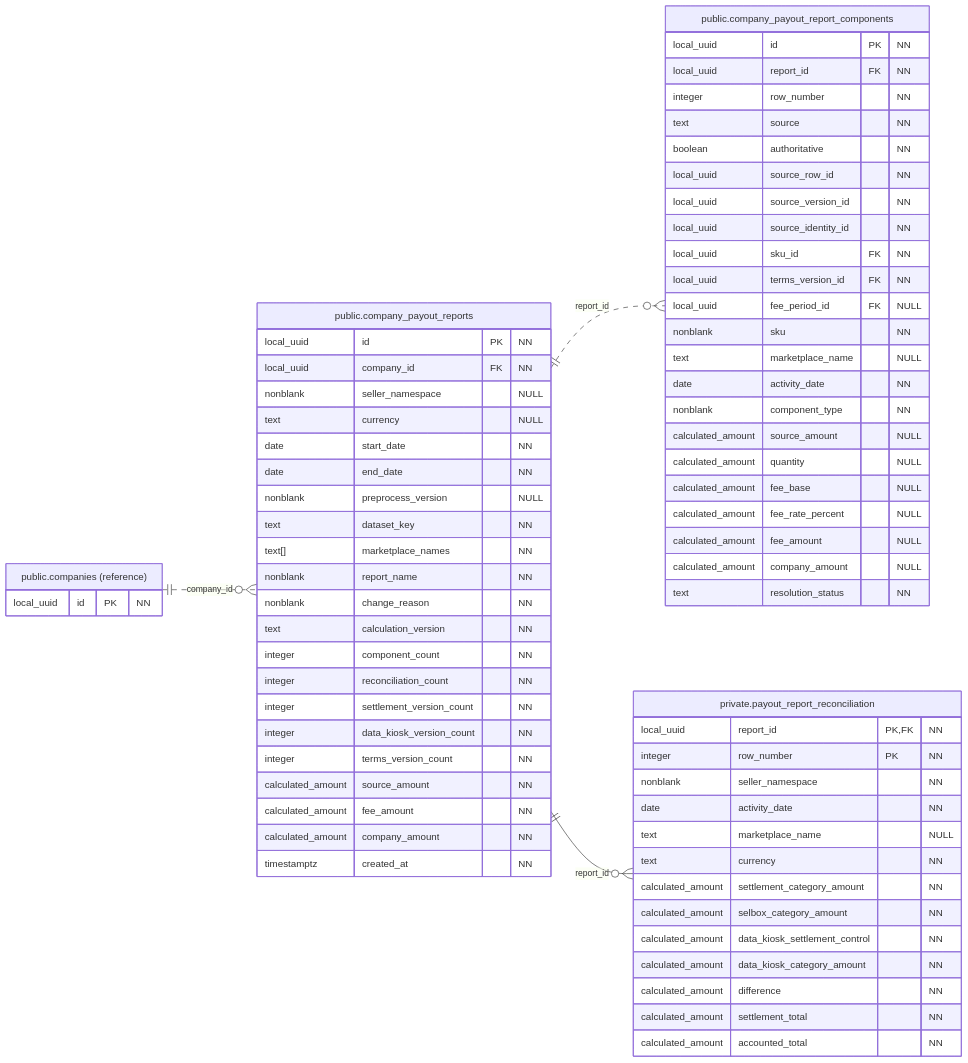
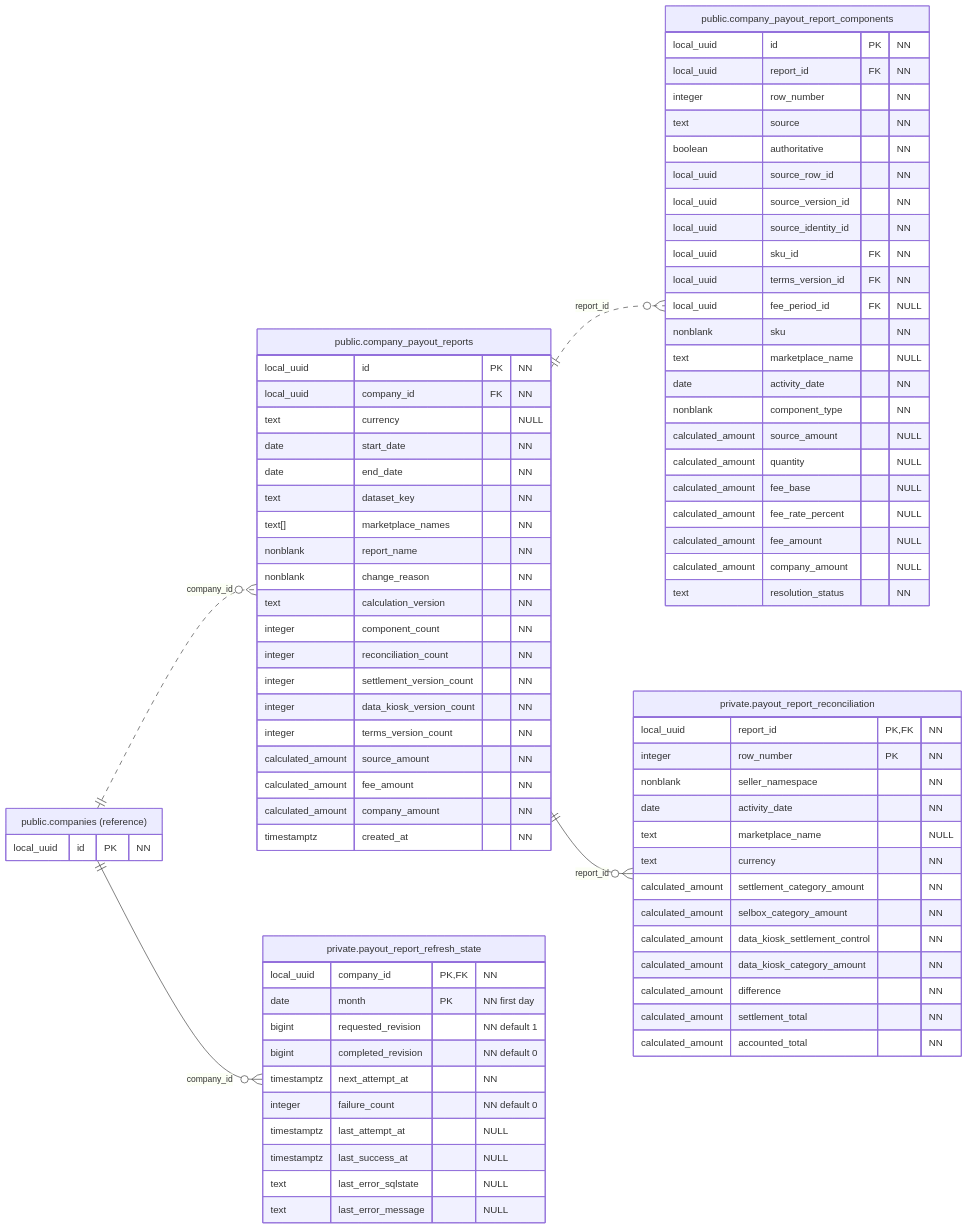
One commit to qwercxzsda/A-SelBox changed the diagram in docs/figures/database/06-payout-results.mmd. Above: the diagram before and after it, drawn with Mermaid. The commit also changed 318 other files, not shown here.

```diff
--- a/docs/figures/database/06-payout-results.mmd
+++ b/docs/figures/database/06-payout-results.mmd
@@ -1,74 +1,86 @@
 erDiagram
     direction LR
     public_companies ||..o{ public_company_payout_reports : "company_id"
+    public_companies ||--o{ private_payout_report_refresh_state : "company_id"
     public_company_payout_reports ||..o{ public_company_payout_report_components : "report_id"
     public_company_payout_reports ||--o{ private_payout_report_reconciliation : "report_id"
+
+    private_payout_report_refresh_state["private.payout_report_refresh_state"] {
+        local_uuid company_id PK, FK "NN"
+        date month PK "NN first day"
+        bigint requested_revision "NN default 1"
+        bigint completed_revision "NN default 0"
+        timestamptz next_attempt_at "NN"
+        integer failure_count "NN default 0"
+        timestamptz last_attempt_at "NULL"
+        timestamptz last_success_at "NULL"
+        text last_error_sqlstate "NULL"
+        text last_error_message "NULL"
+    }
 
     public_company_payout_reports["public.company_payout_reports"] {
         local_uuid id PK "NN"
         local_uuid company_id FK "NN"
-        nonblank seller_namespace "NULL"
         text currency "NULL"
         date start_date "NN"
         date end_date "NN"
-        nonblank preprocess_version "NULL"
         text dataset_key "NN"
         text[] marketplace_names "NN"
         nonblank report_name "NN"
         nonblank change_reason "NN"
         text calculation_version "NN"
         integer component_count "NN"
         integer reconciliation_count "NN"
         integer settlement_version_count "NN"
         integer data_kiosk_version_count "NN"
         integer terms_version_count "NN"
         calculated_amount source_amount "NN"
         calculated_amount fee_amount "NN"
         calculated_amount company_amount "NN"
         timestamptz created_at "NN"
     }
 
     public_company_payout_report_components["public.company_payout_report_components"] {
         local_uuid id PK "NN"
         local_uuid report_id FK "NN"
         integer row_number "NN"
         text source "NN"
         boolean authoritative "NN"
         local_uuid source_row_id "NN"
         local_uuid source_version_id "NN"
         local_uuid source_identity_id "NN"
         local_uuid sku_id FK "NN"
         local_uuid terms_version_id FK "NN"
         local_uuid fee_period_id FK "NULL"
         nonblank sku "NN"
         text marketplace_name "NULL"
         date activity_date "NN"
         nonblank component_type "NN"
         calculated_amount source_amount "NULL"
         calculated_amount quantity "NULL"
         calculated_amount fee_base "NULL"
         calculated_amount fee_rate_percent "NULL"
         calculated_amount fee_amount "NULL"
         calculated_amount company_amount "NULL"
         text resolution_status "NN"
     }
 
     private_payout_report_reconciliation["private.payout_report_reconciliation"] {
         local_uuid report_id PK, FK "NN"
         integer row_number PK "NN"
         nonblank seller_namespace "NN"
         date activity_date "NN"
         text marketplace_name "NULL"
         text currency "NN"
         calculated_amount settlement_category_amount "NN"
         calculated_amount selbox_category_amount "NN"
         calculated_amount data_kiosk_settlement_control "NN"
         calculated_amount data_kiosk_category_amount "NN"
         calculated_amount difference "NN"
         calculated_amount settlement_total "NN"
         calculated_amount accounted_total "NN"
     }
 
     public_companies["public.companies (reference)"] {
         local_uuid id PK "NN"
     }
```
